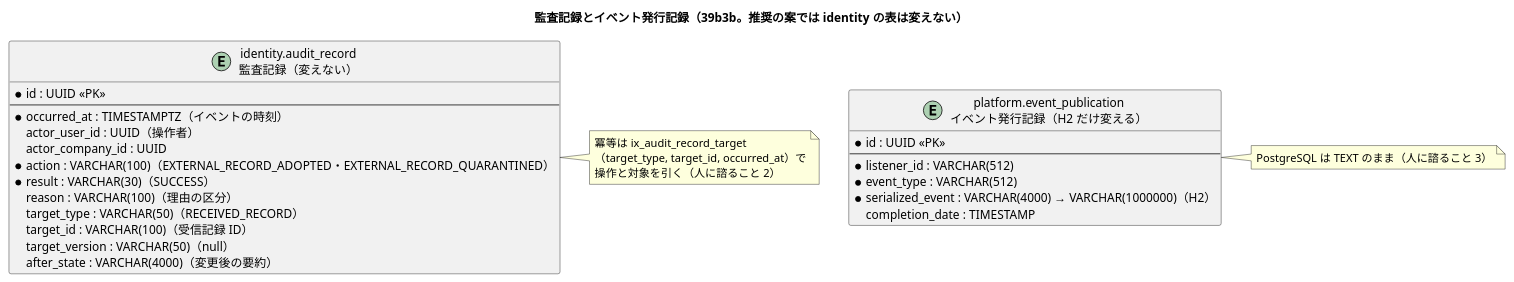
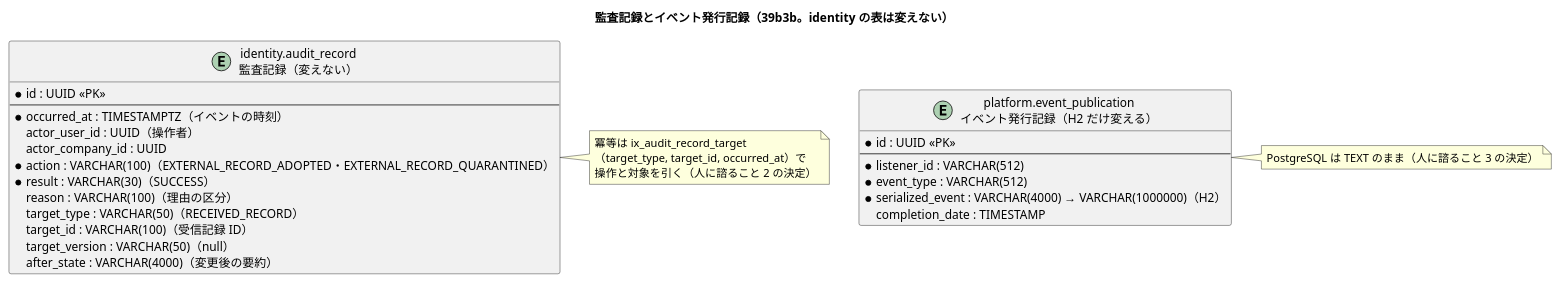
One commit to k2works/practical-domain-driven-design-in-enterpris-application changed the third of 3 diagrams in docs/development/cargo-tracker/bolt_39b3b_plan.md. Above: the diagram before and after it, drawn with PlantUML. The commit also changed other lines of this file and 4 other files, not shown here.

````diff
--- a/docs/development/cargo-tracker/bolt_39b3b_plan.md
+++ b/docs/development/cargo-tracker/bolt_39b3b_plan.md
@@ -243,29 +248,29 @@
 ```plantuml
 @startuml
-title 監査記録とイベント発行記録（39b3b。推奨の案では identity の表は変えない）
+title 監査記録とイベント発行記録（39b3b。identity の表は変えない）
 entity "identity.audit_record\n監査記録（変えない）" as au {
   * id : UUID <<PK>>
   --
   * occurred_at : TIMESTAMPTZ（イベントの時刻）
   actor_user_id : UUID（操作者）
   actor_company_id : UUID
   * action : VARCHAR(100)（EXTERNAL_RECORD_ADOPTED・EXTERNAL_RECORD_QUARANTINED）
   * result : VARCHAR(30)（SUCCESS）
   reason : VARCHAR(100)（理由の区分）
   target_type : VARCHAR(50)（RECEIVED_RECORD）
   target_id : VARCHAR(100)（受信記録 ID）
   target_version : VARCHAR(50)（null）
   after_state : VARCHAR(4000)（変更後の要約）
 }
-note right of au : 冪等は ix_audit_record_target\n（target_type, target_id, occurred_at）で\n操作と対象を引く（人に諮ること 2）
+note right of au : 冪等は ix_audit_record_target\n（target_type, target_id, occurred_at）で\n操作と対象を引く（人に諮ること 2 の決定）
 entity "platform.event_publication\nイベント発行記録（H2 だけ変える）" as ep {
   * id : UUID <<PK>>
   --
   * listener_id : VARCHAR(512)
   * event_type : VARCHAR(512)
   * serialized_event : VARCHAR(4000) → VARCHAR(1000000)（H2）
   completion_date : TIMESTAMP
 }
-note right of ep : PostgreSQL は TEXT のまま（人に諮ること 3）
+note right of ep : PostgreSQL は TEXT のまま（人に諮ること 3 の決定）
 @enduml
 ```
````
